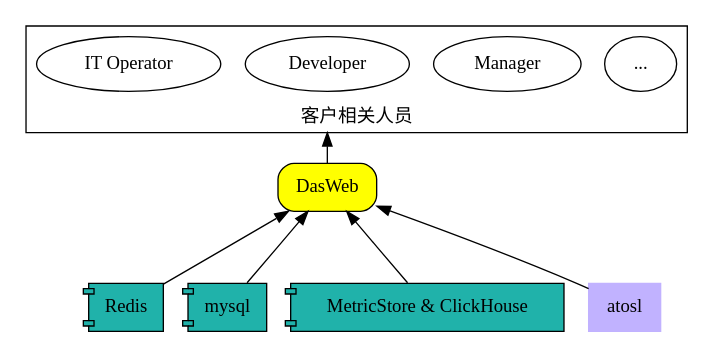
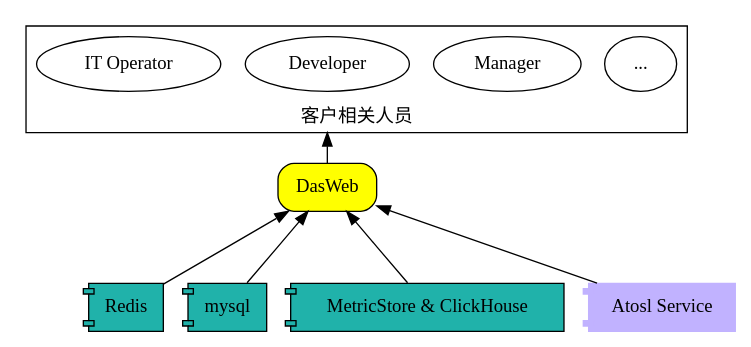
Before and after one commit to gardenias/docs-test: the fourth of 5 diagrams in docs/installing/architecture.rst, drawn with Graphviz. The commit also changed other lines of this file, not shown here.

Commit message:
same node same label

```diff
--- a/docs/installing/architecture.rst
+++ b/docs/installing/architecture.rst
@@ -130,29 +130,29 @@
 .. graphviz::
 
       digraph DasWeb {
       rankdir = BT;
       compound=true;
       ranksep=0.75;
 
   		node [fontsize=14, shape=box, style="rounded,filled", fillcolor=white]
 
   		dv [label="DasWeb", fillcolor=yellow]
 
       r [label="Redis", shape="component", fillcolor="lightseagreen"]
       m [label="mysql", shape="component", fillcolor="lightseagreen"]
       metric [label="MetricStore & ClickHouse", shape="component", fillcolor="lightseagreen", style="filled"];
 
-      osl [label="atosl", shape=box,style=filled,color=".7 .3 1.0", fillcolor=".7 .3 1.0"]
+      osl [label="Atosl Service", shape=component,style=filled,color=".7 .3 1.0", fillcolor=".7 .3 1.0"]
 
       subgraph cluster_users {
          label="客户相关人员";
          node [shape="ellipse", margin=0.1, fillcolor=white];
          others [label="..."];
          manager [label="Manager"];
          developer [label="Developer"];
          it [label="IT Operator"];
       }
 
   		{r, m, metric, osl} -> dv;
       dv -> developer [lhead=cluster_users];
   	}
```
